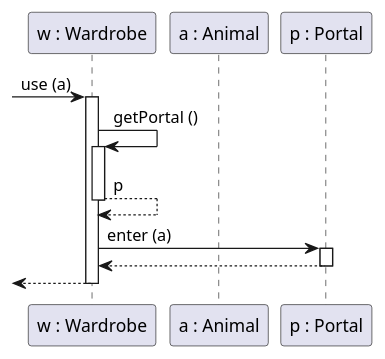
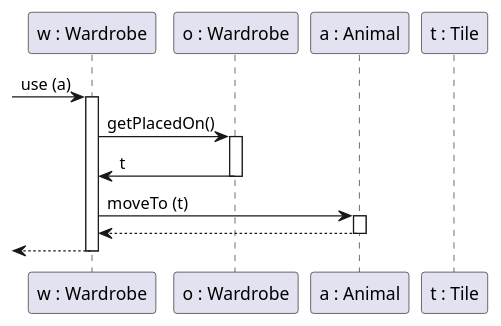
One commit to bokovhu/software-project-laboratory-assignment changed the diagram in 3-analysis-modell/java/src/main/plantuml/SequenceDiagram_Wardrobe_use.puml. Above: the diagram before and after it, drawn with PlantUML. The commit also changed 6 other files, not shown here.

```diff
--- a/3-analysis-modell/java/src/main/plantuml/SequenceDiagram_Wardrobe_use.puml
+++ b/3-analysis-modell/java/src/main/plantuml/SequenceDiagram_Wardrobe_use.puml
@@ -1,22 +1,23 @@
 @startuml
 
 skinparam classAttributeIconSize 0
 skinparam guillemet false
 
 participant "w : Wardrobe" as w
+participant "o : Wardrobe" as o
 participant "a : Animal" as a
-participant "p : Portal" as p
+participant "t : Tile" as t
 
 [-> w : use (a)
 activate w
 
-w -> w ++ : getPortal ()
-w --> w -- : p
+w -> o ++ : getPlacedOn()
+o -> w -- : t
 
-w -> p ++ : enter (a)
-p --> w --
+w -> a ++ : moveTo (t)
+a --> w --
 
 [<-- w
 deactivate w
 
 @enduml
```
